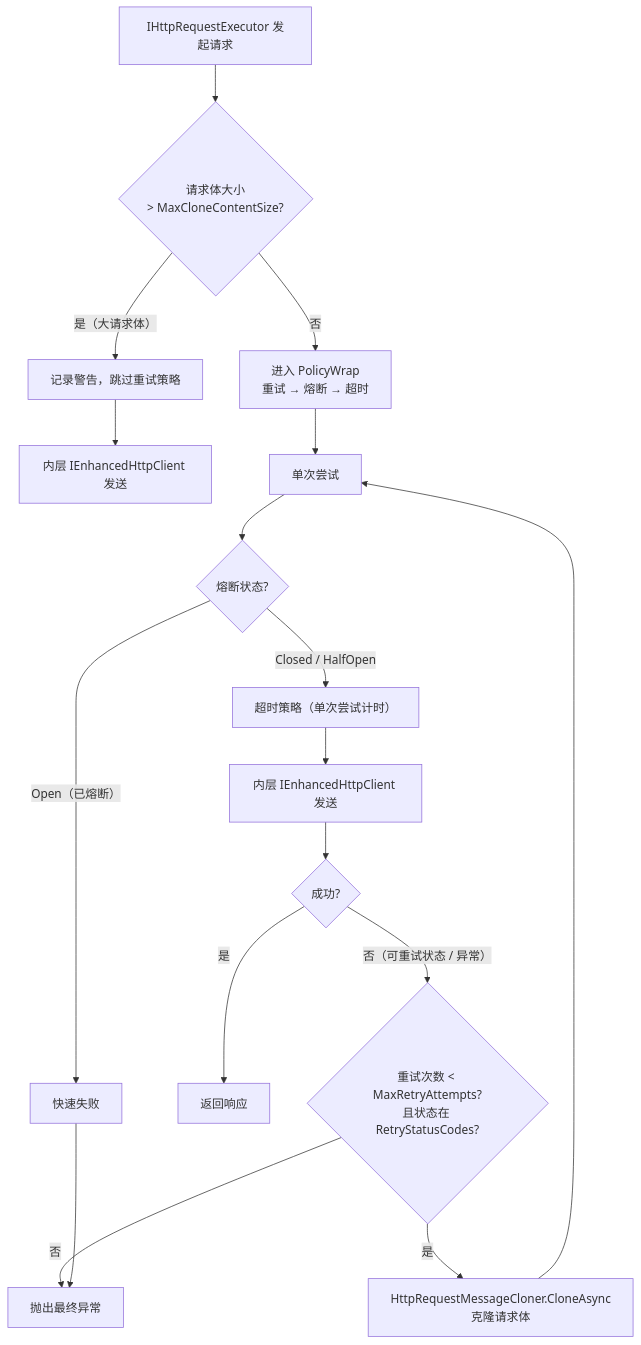
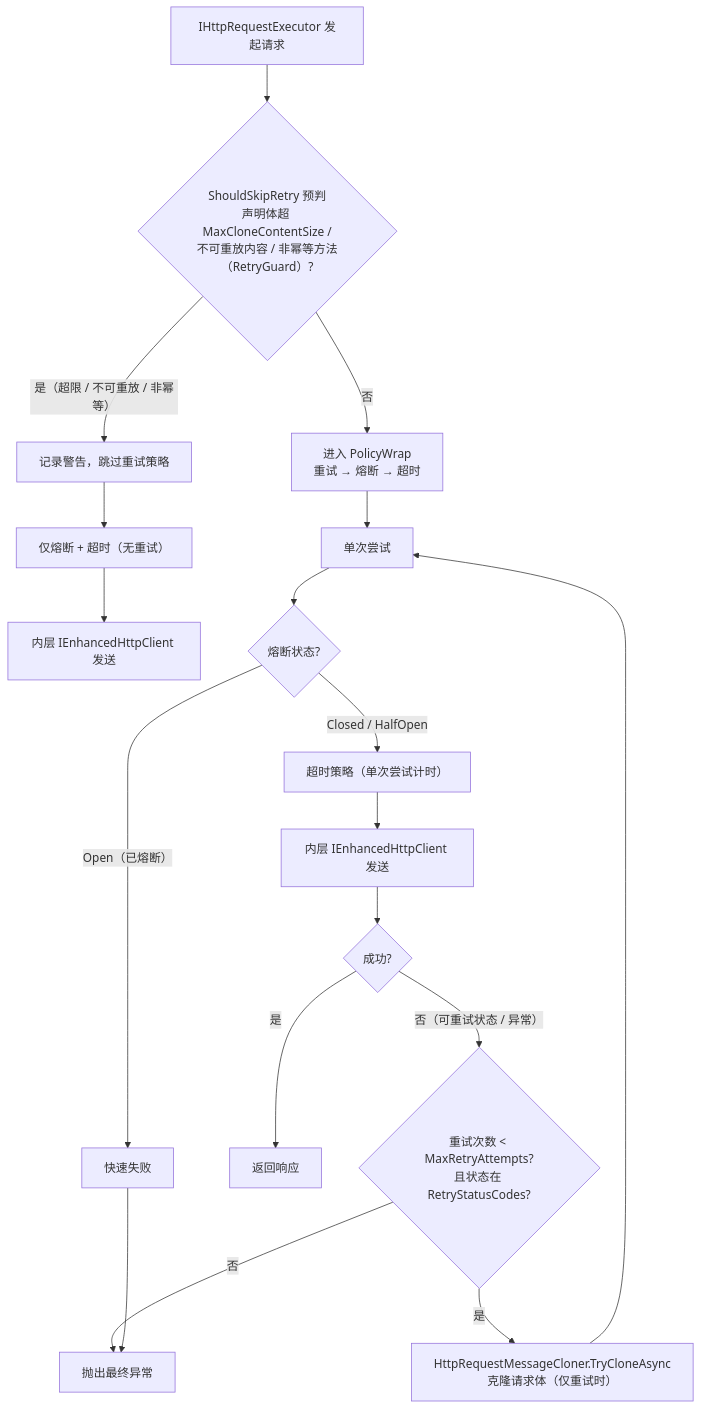
One commit to mudtools/MudHttpUtils changed the second of 2 diagrams in Mud.HttpUtils.Resilience/README.md. Above: the diagram before and after it, drawn with Mermaid. The commit also changed other lines of this file and 13 other files, not shown here.

````diff
--- a/Mud.HttpUtils.Resilience/README.md
+++ b/Mud.HttpUtils.Resilience/README.md
@@ -132,20 +129,21 @@
 ```mermaid
 flowchart TD
-    Start["IHttpRequestExecutor 发起请求"] --> Check{"请求体大小<br/>> MaxCloneContentSize?"}
-    Check -->|"是（大请求体）"| Warn["记录警告，跳过重试策略"]
-    Check -->|"否"| Wrap["进入 PolicyWrap<br/>重试 → 熔断 → 超时"]
+    Start["IHttpRequestExecutor 发起请求"] --> Preflight{"ShouldSkipRetry 预判<br/>声明体超 MaxCloneContentSize /<br/>不可重放内容 / 非幂等方法（RetryGuard）?"}
+    Preflight -->|"是（超限 / 不可重放 / 非幂等）"| Warn["记录警告，跳过重试策略"]
+    Preflight -->|"否"| Wrap["进入 PolicyWrap<br/>重试 → 熔断 → 超时"]
 
-    Warn --> Inner["内层 IEnhancedHttpClient 发送"]
+    Warn --> NoRetry["仅熔断 + 超时（无重试）"]
+    NoRetry --> Inner["内层 IEnhancedHttpClient 发送"]
     Wrap --> Attempt["单次尝试"]
     Attempt --> CB{"熔断状态?"}
     CB -->|"Open（已熔断）"| Reject["快速失败"]
     CB -->|"Closed / HalfOpen"| TO["超时策略（单次尝试计时）"]
     TO --> Send["内层 IEnhancedHttpClient 发送"]
     Send --> Resp{"成功?"}
     Resp -->|"是"| Success["返回响应"]
     Resp -->|"否（可重试状态 / 异常）"| RetryDec{"重试次数 < MaxRetryAttempts?<br/>且状态在 RetryStatusCodes?"}
-    RetryDec -->|"是"| Clone["HttpRequestMessageCloner.CloneAsync<br/>克隆请求体"]
+    RetryDec -->|"是"| Clone["HttpRequestMessageCloner.TryCloneAsync<br/>克隆请求体（仅重试时）"]
     Clone --> Attempt
     RetryDec -->|"否"| Fail["抛出最终异常"]
     Reject --> Fail
 ```
````
